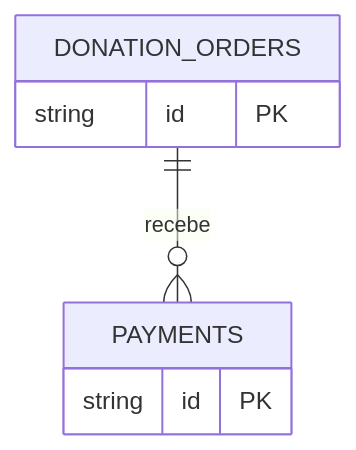
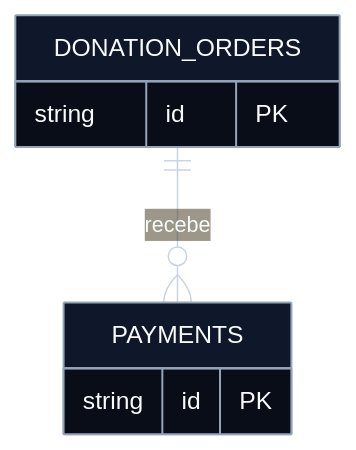
One commit to nicosikmoraes/motor-calculo-icms changed the fourth of 4 diagrams in docs/architecture.md. Above: the diagram before and after it, drawn with Mermaid. The commit also changed other lines of this file, not shown here.

Commit message:
docs: set high-contrast colors for ER diagrams

````diff
--- a/docs/architecture.md
+++ b/docs/architecture.md
@@ -257,11 +308,28 @@
 ```mermaid
+---
+config:
+  theme: base
+  themeVariables:
+    darkMode: true
+    background: "#0b1220"
+    primaryColor: "#0f172a"
+    primaryTextColor: "#f8fafc"
+    primaryBorderColor: "#94a3b8"
+    lineColor: "#cbd5e1"
+    textColor: "#f8fafc"
+  er:
+    theme: base
+    fill: "#0f172a"
+    stroke: "#94a3b8"
+    fontSize: 16
+---
 erDiagram
     DONATION_ORDERS ||--o{ PAYMENTS : recebe
 
     DONATION_ORDERS {
         string id PK
     }
     PAYMENTS {
         string id PK
     }
 ```
````
